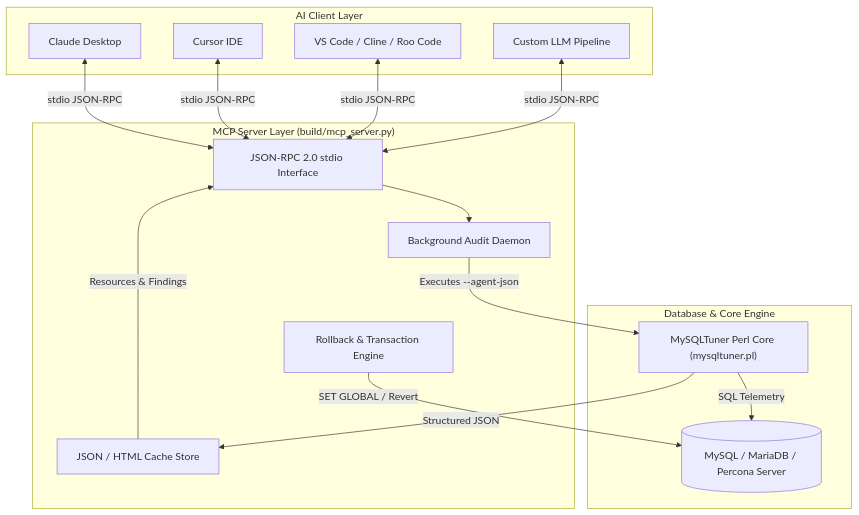
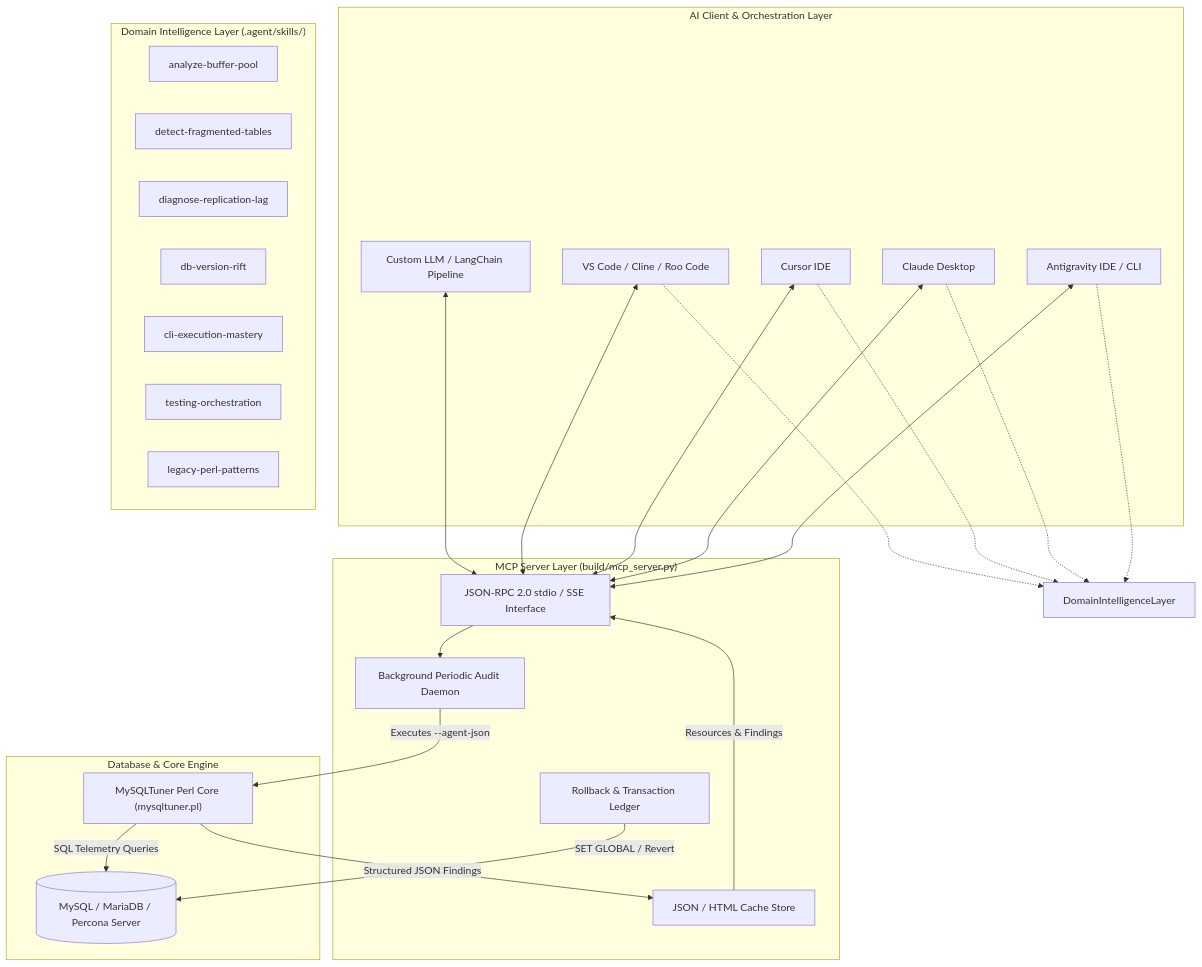
One commit to major/MySQLTuner-perl changed the diagram in documentation/mcp_ai_integration_guide.md. Above: the diagram before and after it, drawn with Mermaid. The commit also changed other lines of this file and 15 other files, not shown here.

Commit message:
feat(engine): pure calculation metrics and CLI contract hardening (#1048)

````diff
--- a/documentation/mcp_ai_integration_guide.md
+++ b/documentation/mcp_ai_integration_guide.md
@@ -11,33 +11,50 @@
 ```mermaid
 graph TD
-    subgraph "AI Client Layer"
+    subgraph "AI Client & Orchestration Layer"
+        Antigravity["Antigravity IDE / CLI"]
         Claude["Claude Desktop"]
         Cursor["Cursor IDE"]
         VSCode["VS Code / Cline / Roo Code"]
-        Custom["Custom LLM Pipeline"]
+        Custom["Custom LLM / LangChain Pipeline"]
+    end
+
+    subgraph "Domain Intelligence Layer (.agent/skills/)"
+        SkillBP["analyze-buffer-pool"]
+        SkillFrag["detect-fragmented-tables"]
+        SkillRepl["diagnose-replication-lag"]
+        SkillRift["db-version-rift"]
+        SkillCLI["cli-execution-mastery"]
+        SkillTest["testing-orchestration"]
+        SkillLegacy["legacy-perl-patterns"]
     end
 
     subgraph "MCP Server Layer (build/mcp_server.py)"
-        JSONRPC["JSON-RPC 2.0 stdio Interface"]
-        Daemon["Background Audit Daemon"]
+        JSONRPC["JSON-RPC 2.0 stdio / SSE Interface"]
+        Daemon["Background Periodic Audit Daemon"]
         CacheManager["JSON / HTML Cache Store"]
-        RollbackEngine["Rollback & Transaction Engine"]
+        RollbackEngine["Rollback & Transaction Ledger"]
     end
 
     subgraph "Database & Core Engine"
         PerlEngine["MySQLTuner Perl Core (mysqltuner.pl)"]
         MySQLInstance[("MySQL / MariaDB / Percona Server")]
     end
 
-    Claude <-->|stdio JSON-RPC| JSONRPC
-    Cursor <-->|stdio JSON-RPC| JSONRPC
-    VSCode <-->|stdio JSON-RPC| JSONRPC
-    Custom <-->|stdio JSON-RPC| JSONRPC
+    Antigravity <--> JSONRPC
+    Claude <--> JSONRPC
+    Cursor <--> JSONRPC
+    VSCode <--> JSONRPC
+    Custom <--> JSONRPC
+
+    Antigravity -.-> DomainIntelligenceLayer
+    Claude -.-> DomainIntelligenceLayer
+    Cursor -.-> DomainIntelligenceLayer
+    VSCode -.-> DomainIntelligenceLayer
 
     JSONRPC --> Daemon
     Daemon -->|Executes --agent-json| PerlEngine
-    PerlEngine -->|SQL Telemetry| MySQLInstance
-    PerlEngine -->|Structured JSON| CacheManager
+    PerlEngine -->|SQL Telemetry Queries| MySQLInstance
+    PerlEngine -->|Structured JSON Findings| CacheManager
     CacheManager -->|Resources & Findings| JSONRPC
     RollbackEngine -->|SET GLOBAL / Revert| MySQLInstance
 ```
````
